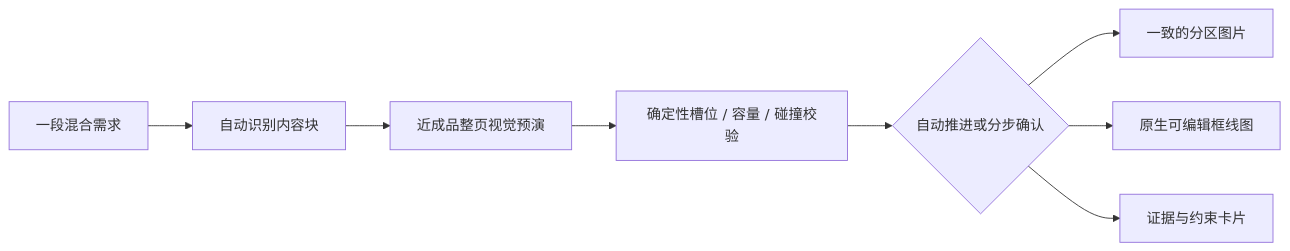
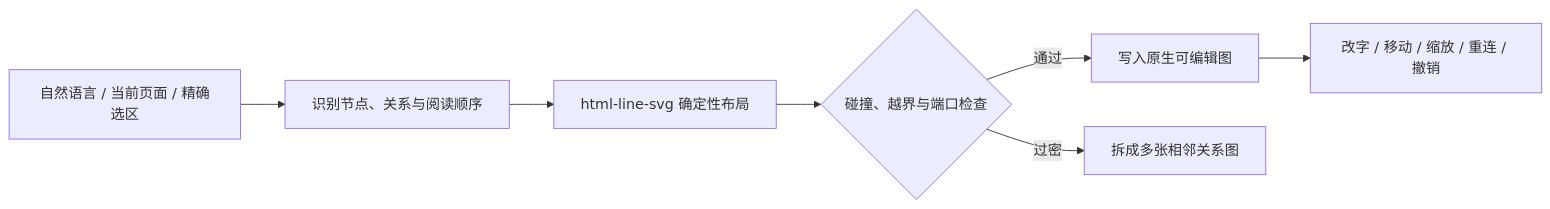
One commit to suud003/Cowart changed the diagram in README.md. Above: the diagram before and after it, drawn with Mermaid. The commit also changed other lines of this file and 35 other files, not shown here.

Commit message:
feat: focus Yogurt AI on editable Excalidraw diagrams

````diff
--- a/README.md
+++ b/README.md
@@ -95,10 +38,9 @@
 ```mermaid
 flowchart LR
-  A["一段混合需求"] --> B["自动识别内容块"]
-  B --> C["近成品整页视觉预演"]
-  C --> D["确定性槽位 / 容量 / 碰撞校验"]
-  D --> E{"自动推进或分步确认"}
-  E --> F["一致的分区图片"]
-  E --> G["原生可编辑框线图"]
-  E --> H["证据与约束卡片"]
+  A["自然语言 / 当前页面 / 精确选区"] --> B["识别节点、关系与阅读顺序"]
+  B --> C["html-line-svg 确定性布局"]
+  C --> D{"碰撞、越界与端口检查"}
+  D -->|通过| E["写入原生可编辑图"]
+  D -->|过密| F["拆成多张相邻关系图"]
+  E --> G["改字 / 移动 / 缩放 / 重连 / 撤销"]
 ```
````
